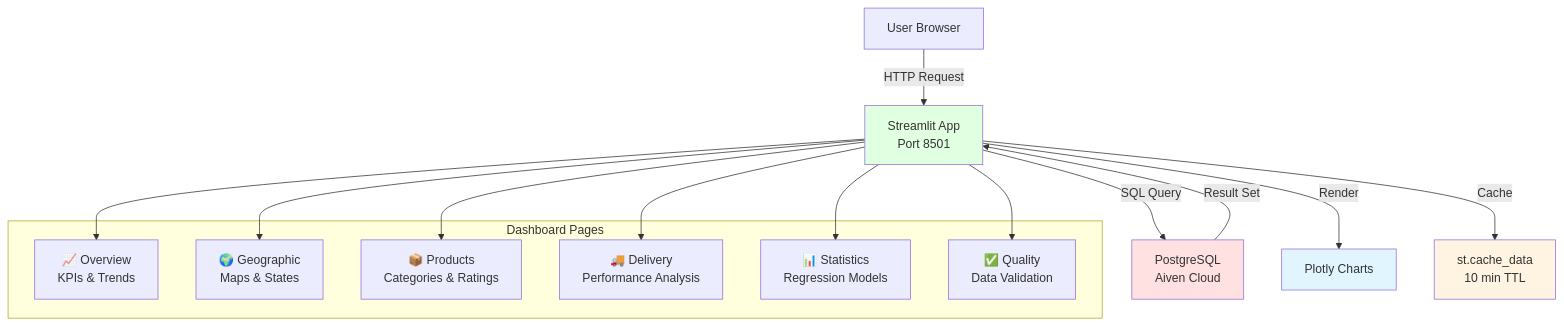
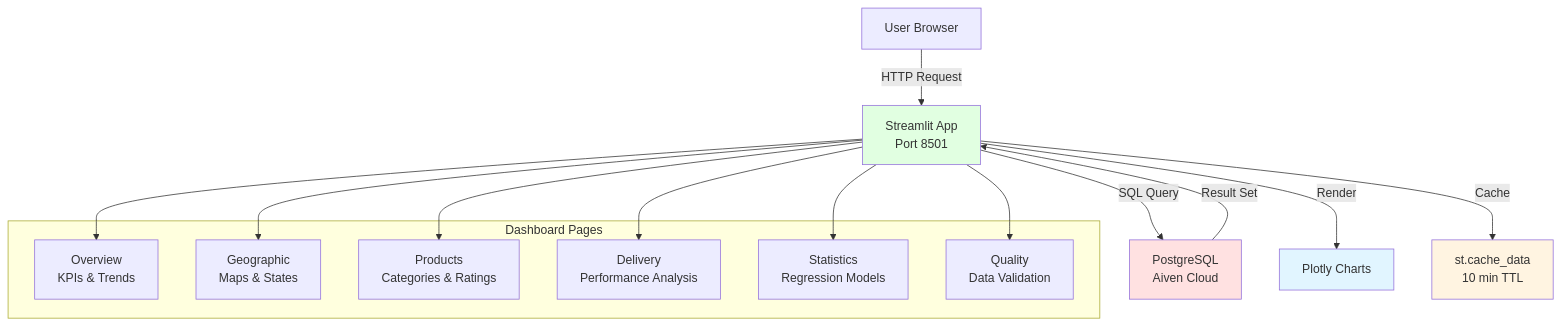
The eighth of 11 diagrams in README.md (PinakiG-duke/IDS706_DE_FINAL_PROJECT), drawn with Mermaid before and after one commit. The commit also changed other lines of this file, not shown here.

````diff
--- a/README.md
+++ b/README.md
@@ -749,29 +749,29 @@
 ```mermaid
 graph TD
     A[User Browser] -->|HTTP Request| B[Streamlit App<br/>Port 8501]
     B -->|SQL Query| C[PostgreSQL<br/>Aiven Cloud]
     C -->|Result Set| B
     B -->|Render| D[Plotly Charts]
     B -->|Cache| E[st.cache_data<br/>10 min TTL]
     
     subgraph "Dashboard Pages"
-        F[📈 Overview<br/>KPIs & Trends]
-        G[🌍 Geographic<br/>Maps & States]
-        H[📦 Products<br/>Categories & Ratings]
-        I[🚚 Delivery<br/>Performance Analysis]
-        J[📊 Statistics<br/>Regression Models]
-        K[✅ Quality<br/>Data Validation]
+        F[ Overview<br/>KPIs & Trends]
+        G[ Geographic<br/>Maps & States]
+        H[ Products<br/>Categories & Ratings]
+        I[ Delivery<br/>Performance Analysis]
+        J[ Statistics<br/>Regression Models]
+        K[ Quality<br/>Data Validation]
     end
     
     B --> F
     B --> G
     B --> H
     B --> I
     B --> J
     B --> K
     
     style B fill:#e1ffe1
     style C fill:#ffe1e1
     style D fill:#e1f5ff
     style E fill:#fff4e1
 ```
````
